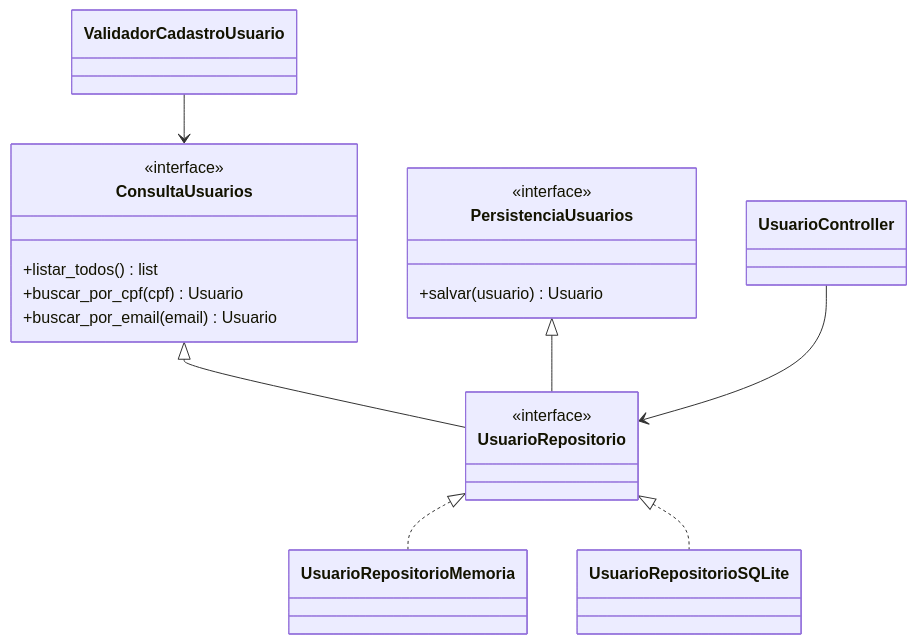
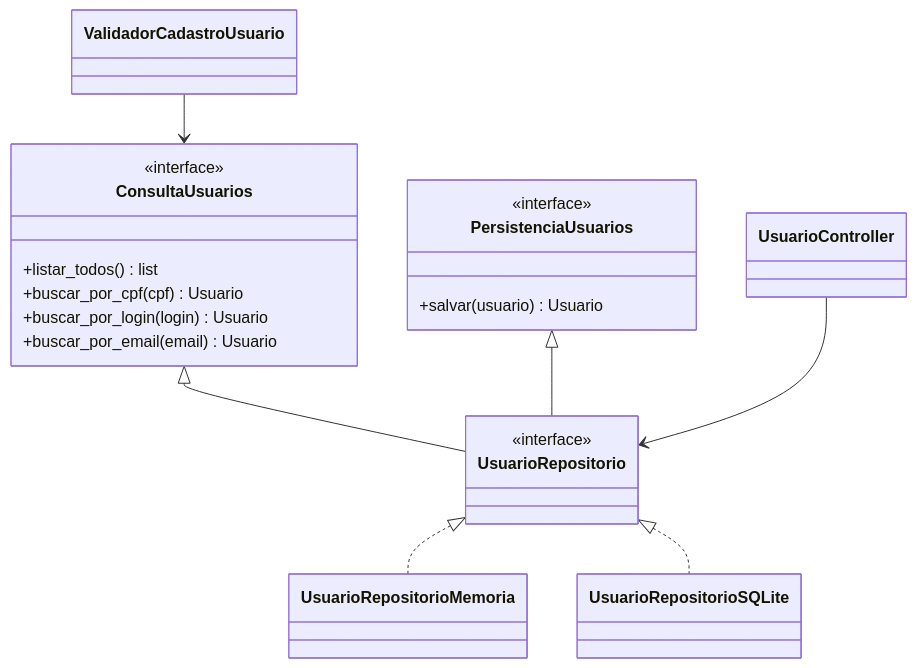
One commit to bruvaloes/audita changed the second of 3 diagrams in docs/08-projeto.md. Above: the diagram before and after it, drawn with Mermaid. The commit also changed other lines of this file and 8 other files, not shown here.

First line of the commit message:
docs(diagramas): atualizar casos de uso e classes até a Sprint 3

````diff
--- a/docs/08-projeto.md
+++ b/docs/08-projeto.md
@@ -71,22 +75,23 @@
 ```mermaid
 classDiagram
     class ConsultaUsuarios {
         <<interface>>
         +listar_todos() list
         +buscar_por_cpf(cpf) Usuario
+        +buscar_por_login(login) Usuario
         +buscar_por_email(email) Usuario
     }
     class PersistenciaUsuarios {
         <<interface>>
         +salvar(usuario) Usuario
     }
     class UsuarioRepositorio {
         <<interface>>
     }
     ConsultaUsuarios <|-- UsuarioRepositorio
     PersistenciaUsuarios <|-- UsuarioRepositorio
     UsuarioRepositorio <|.. UsuarioRepositorioMemoria
     UsuarioRepositorio <|.. UsuarioRepositorioSQLite
     UsuarioController --> UsuarioRepositorio
     ValidadorCadastroUsuario --> ConsultaUsuarios
 ```
````
